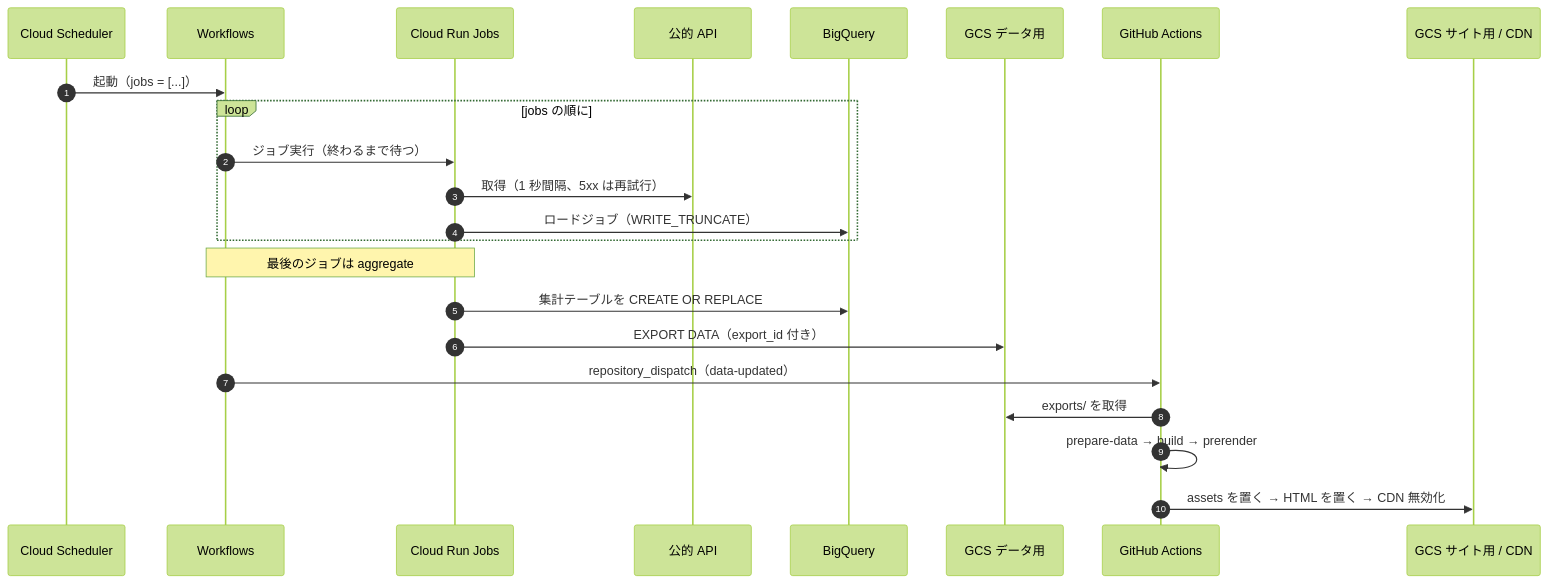
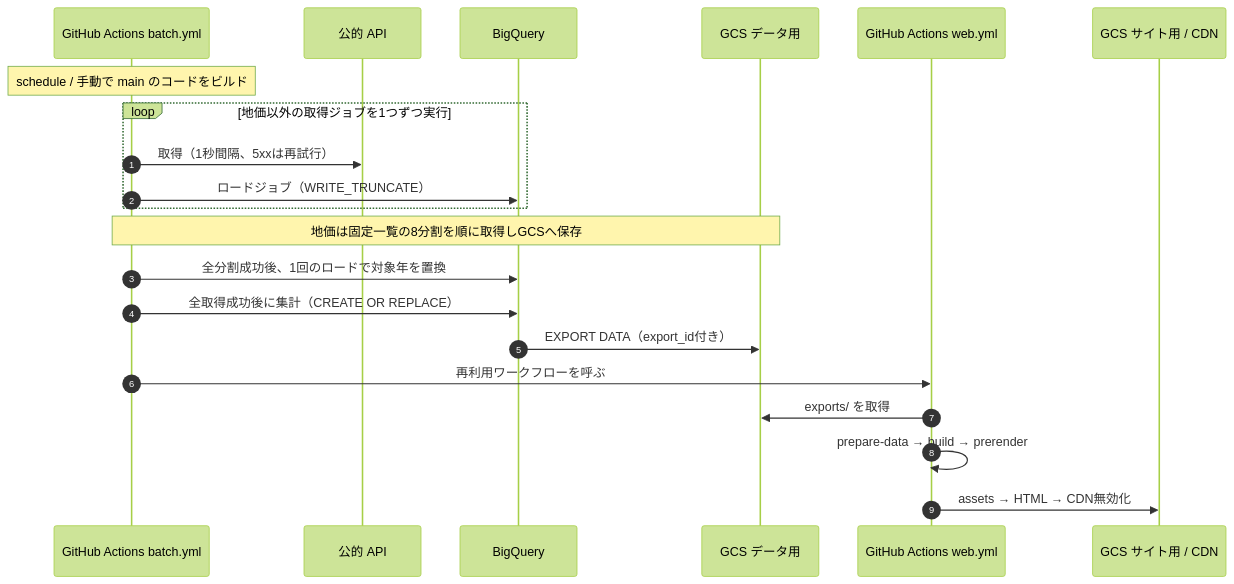
Before and after one commit to maa-un/area-insight: the first of 5 diagrams in docs/sequence-diagrams.md, drawn with Mermaid (forest theme). The commit also changed other lines of this file and 5 other files, not shown here.

````diff
--- a/docs/sequence-diagrams.md
+++ b/docs/sequence-diagrams.md
@@ -7,26 +7,24 @@
 ```mermaid
 sequenceDiagram
   autonumber
-  participant S as Cloud Scheduler
-  participant W as Workflows
-  participant J as Cloud Run Jobs
+  participant A as GitHub Actions batch.yml
   participant P as 公的 API
   participant B as BigQuery
   participant G as GCS データ用
-  participant A as GitHub Actions
+  participant W as GitHub Actions web.yml
   participant T as GCS サイト用 / CDN
 
-  S->>W: 起動（jobs = [...]）
-  loop jobs の順に
-    W->>J: ジョブ実行（終わるまで待つ）
-    J->>P: 取得（1 秒間隔、5xx は再試行）
-    J->>B: ロードジョブ（WRITE_TRUNCATE）
+  Note over A: schedule / 手動で main のコードをビルド
+  loop 地価以外の取得ジョブを1つずつ実行
+    A->>P: 取得（1秒間隔、5xxは再試行）
+    A->>B: ロードジョブ（WRITE_TRUNCATE）
   end
-  Note over W,J: 最後のジョブは aggregate
-  J->>B: 集計テーブルを CREATE OR REPLACE
-  J->>G: EXPORT DATA（export_id 付き）
-  W->>A: repository_dispatch（data-updated）
-  A->>G: exports/ を取得
-  A->>A: prepare-data → build → prerender
-  A->>T: assets を置く → HTML を置く → CDN 無効化
+  Note over A,G: 地価は固定一覧の8分割を順に取得しGCSへ保存
+  A->>B: 全分割成功後、1回のロードで対象年を置換
+  A->>B: 全取得成功後に集計（CREATE OR REPLACE）
+  B->>G: EXPORT DATA（export_id付き）
+  A->>W: 再利用ワークフローを呼ぶ
+  W->>G: exports/ を取得
+  W->>W: prepare-data → build → prerender
+  W->>T: assets → HTML → CDN無効化
 ```
````
